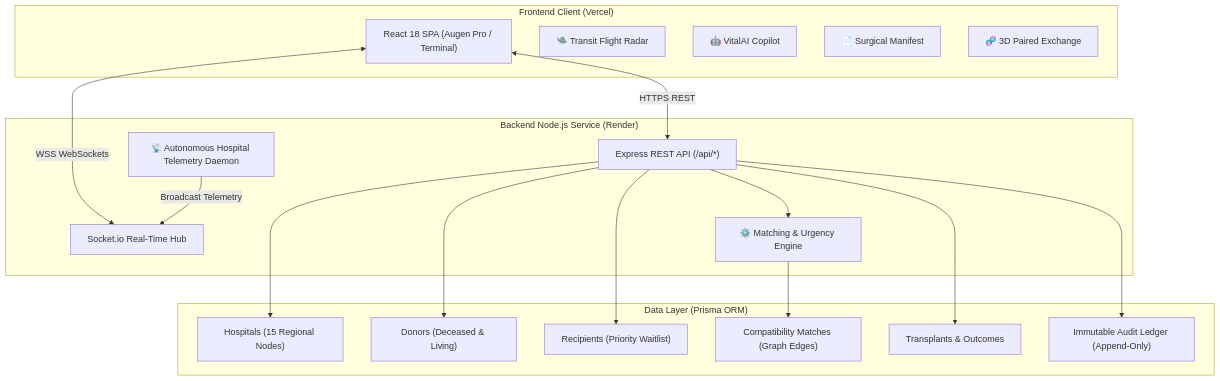
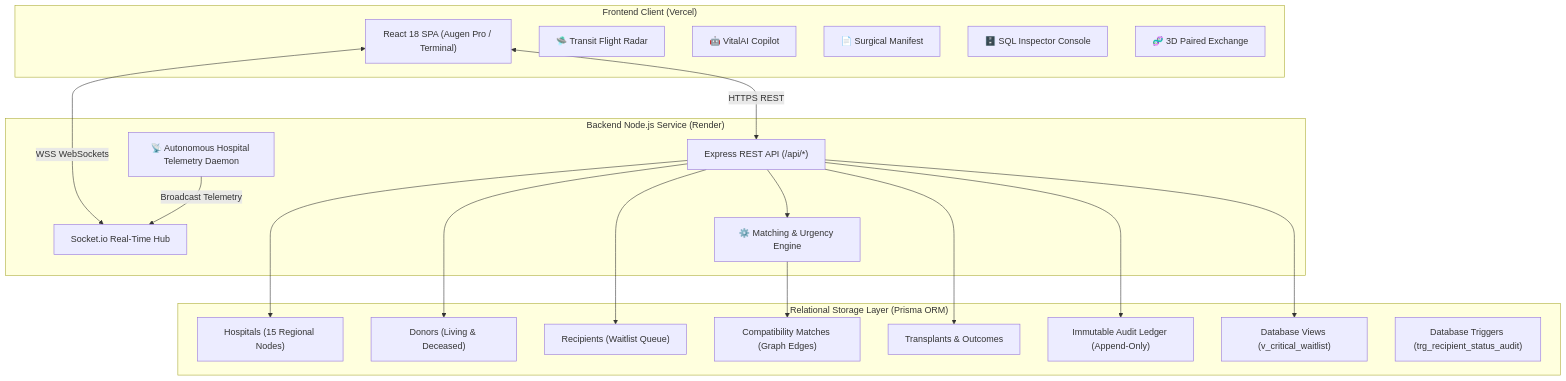
The diagram in README.md (gamerboyadarsh-dot/Vital-Node-Organ-Allocation), drawn with Mermaid before and after one commit. The commit also changed other lines of this file and 15 other files, not shown here.

Commit message:
feat(evaluation): add live SQL inspector, CRUD update/delete operations, automated test suite, and evaluation guide

````diff
--- a/README.md
+++ b/README.md
@@ -118,33 +121,36 @@
 ```mermaid
 flowchart TD
     subgraph Client["Frontend Client (Vercel)"]
         UI["React 18 SPA (Augen Pro / Terminal)"]
         Radar["🛸 Transit Flight Radar"]
         Copilot["🤖 VitalAI Copilot"]
         Dossier["📄 Surgical Manifest"]
+        SQL["🗄️ SQL Inspector Console"]
         PKE["🧬 3D Paired Exchange"]
     end
 
     subgraph Server["Backend Node.js Service (Render)"]
         API["Express REST API (/api/*)"]
         WS["Socket.io Real-Time Hub"]
         Daemon["📡 Autonomous Hospital Telemetry Daemon"]
         Engine["⚙️ Matching & Urgency Engine"]
     end
 
-    subgraph Database["Data Layer (Prisma ORM)"]
+    subgraph Database["Relational Storage Layer (Prisma ORM)"]
         Hospitals["Hospitals (15 Regional Nodes)"]
-        Donors["Donors (Deceased & Living)"]
-        Recipients["Recipients (Priority Waitlist)"]
+        Donors["Donors (Living & Deceased)"]
+        Recipients["Recipients (Waitlist Queue)"]
         Matches["Compatibility Matches (Graph Edges)"]
         Transplants["Transplants & Outcomes"]
         Audit["Immutable Audit Ledger (Append-Only)"]
+        Views["Database Views (v_critical_waitlist)"]
+        Triggers["Database Triggers (trg_recipient_status_audit)"]
     end
 
     UI <-->|HTTPS REST| API
     UI <-->|WSS WebSockets| WS
     Daemon -->|Broadcast Telemetry| WS
     API --> Engine
     Engine --> Matches
-    API --> Hospitals & Donors & Recipients & Transplants & Audit
+    API --> Hospitals & Donors & Recipients & Transplants & Audit & Views
 ```
````
